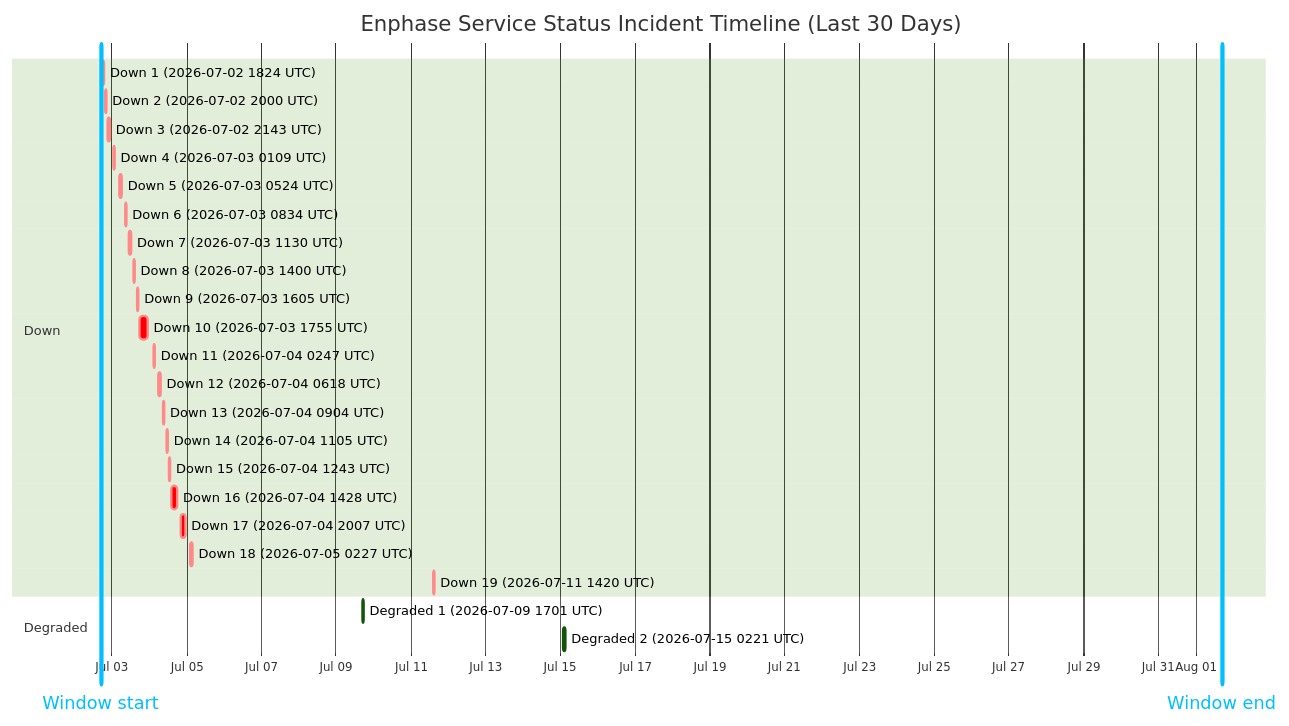
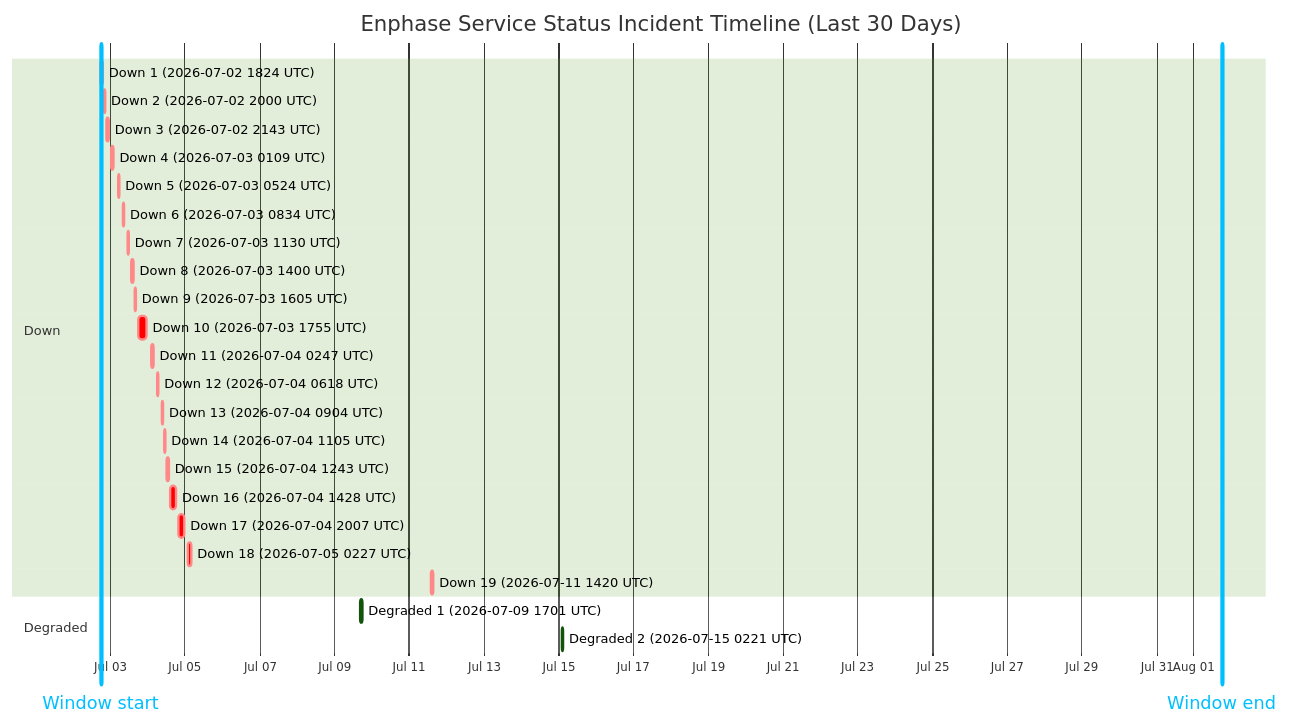
Before and after one commit to barneyonline/ha-enphase-energy: the diagram in wiki/Service-Status-History.md, drawn with Mermaid (forest theme). The commit also changed other lines of this file and 3 other files, not shown here.

````diff
--- a/wiki/Service-Status-History.md
+++ b/wiki/Service-Status-History.md
@@ -14,31 +14,31 @@
 ```mermaid
 gantt
     title Enphase Service Status Incident Timeline (Last 30 Days)
     dateFormat  YYYY-MM-DDTHH:mm:ss
     axisFormat  %b %d
-    Window start :vert, window-start, 2026-07-02T16:57:26, 0ms
-    Window end :vert, window-end, 2026-08-01T16:57:26, 0ms
+    Window start :vert, window-start, 2026-07-02T18:02:22, 0ms
+    Window end :vert, window-end, 2026-08-01T18:02:22, 0ms
     section Down
     Down 1 (2026-07-02 1824 UTC) :crit, down-1, 2026-07-02T18:24:26, 60m
     Down 2 (2026-07-02 2000 UTC) :crit, down-2, 2026-07-02T20:00:57, 60m
     Down 3 (2026-07-02 2143 UTC) :crit, down-3, 2026-07-02T21:43:52, 80m
     Down 4 (2026-07-03 0109 UTC) :crit, down-4, 2026-07-03T01:09:19, 60m
     Down 5 (2026-07-03 0524 UTC) :crit, down-5, 2026-07-03T05:24:23, 60m
     Down 6 (2026-07-03 0834 UTC) :crit, down-6, 2026-07-03T08:34:05, 60m
     Down 7 (2026-07-03 1130 UTC) :crit, down-7, 2026-07-03T11:30:41, 60m
     Down 8 (2026-07-03 1400 UTC) :crit, down-8, 2026-07-03T14:00:48, 60m
     Down 9 (2026-07-03 1605 UTC) :crit, down-9, 2026-07-03T16:05:49, 60m
     Down 10 (2026-07-03 1755 UTC) :crit, down-10, 2026-07-03T17:55:54, 338m
     Down 11 (2026-07-04 0247 UTC) :crit, down-11, 2026-07-04T02:47:22, 60m
     Down 12 (2026-07-04 0618 UTC) :crit, down-12, 2026-07-04T06:18:09, 60m
     Down 13 (2026-07-04 0904 UTC) :crit, down-13, 2026-07-04T09:04:41, 60m
     Down 14 (2026-07-04 1105 UTC) :crit, down-14, 2026-07-04T11:05:21, 60m
     Down 15 (2026-07-04 1243 UTC) :crit, down-15, 2026-07-04T12:43:25, 60m
     Down 16 (2026-07-04 1428 UTC) :crit, down-16, 2026-07-04T14:28:07, 243m
     Down 17 (2026-07-04 2007 UTC) :crit, down-17, 2026-07-04T20:07:50, 206m
     Down 18 (2026-07-05 0227 UTC) :crit, down-18, 2026-07-05T02:27:32, 109m
     Down 19 (2026-07-11 1420 UTC) :crit, down-19, 2026-07-11T14:20:54, 69m
     section Degraded
     Degraded 1 (2026-07-09 1701 UTC) :active, degraded-1, 2026-07-09T17:01:02, 60m
     Degraded 2 (2026-07-15 0221 UTC) :active, degraded-2, 2026-07-15T02:21:35, 60m
 ```
````
